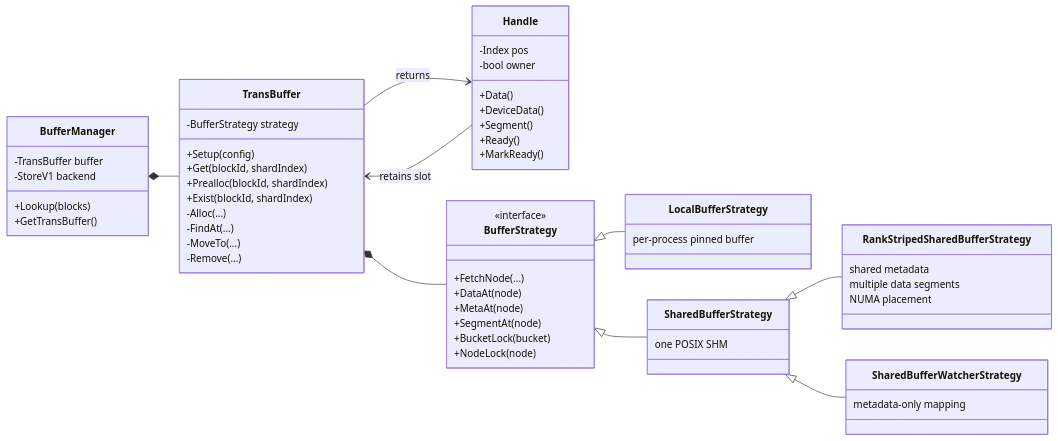
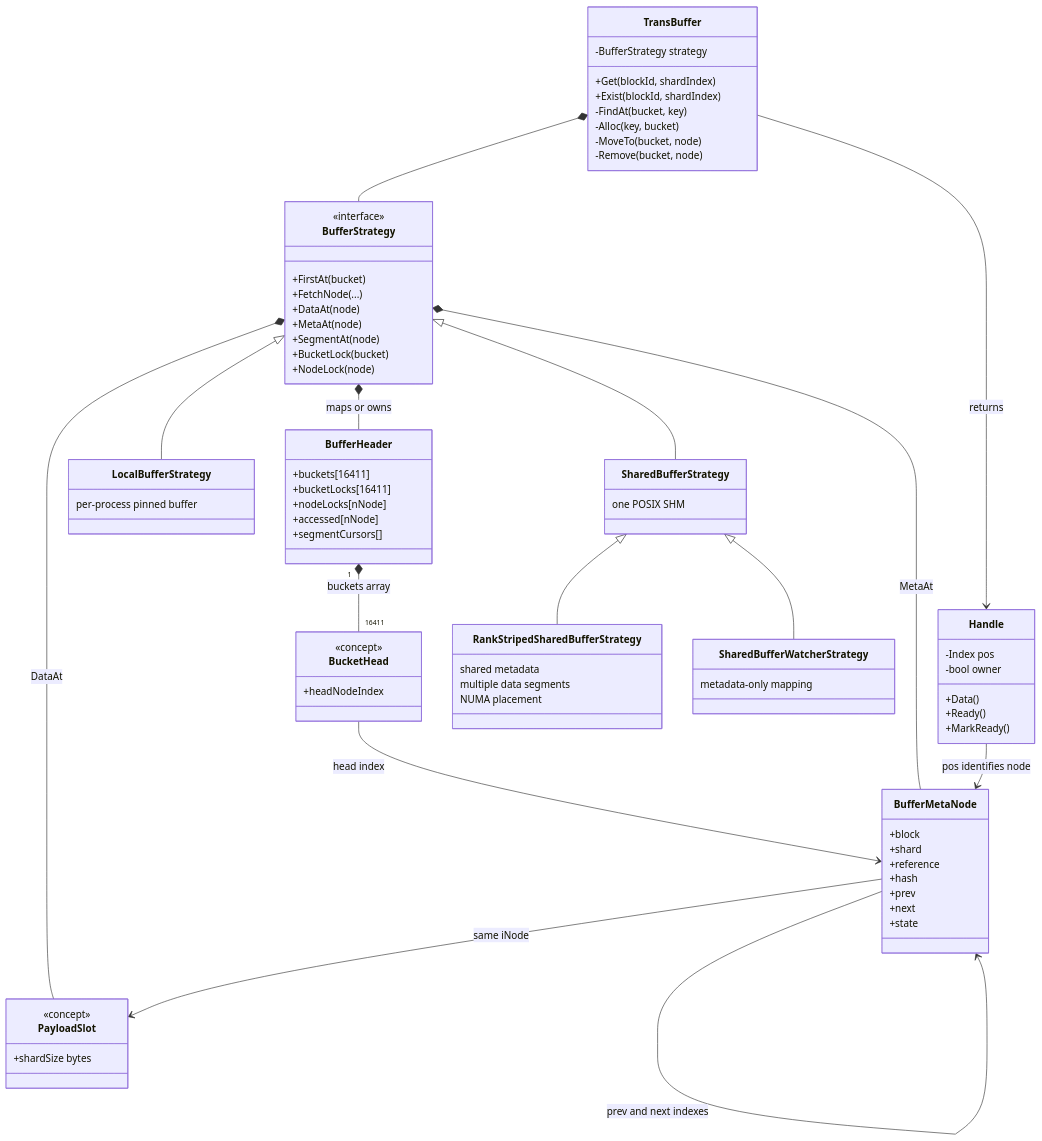
One commit to NaganooMei/unified-cache-management changed the seventh of 17 diagrams in docs/source/developer-guide/cache_buffer_management.md. Above: the diagram before and after it, drawn with Mermaid. The commit also changed other lines of this file, not shown here.

````diff
--- a/docs/source/developer-guide/cache_buffer_management.md
+++ b/docs/source/developer-guide/cache_buffer_management.md
@@ -36,44 +273,62 @@
 ```mermaid
 classDiagram
-    direction LR
-
-    class BufferManager {
-      -TransBuffer buffer
-      -StoreV1 backend
-      +Lookup(blocks)
-      +GetTransBuffer()
-    }
+    direction TB
 
     class TransBuffer {
       -BufferStrategy strategy
-      +Setup(config)
       +Get(blockId, shardIndex)
-      +Prealloc(blockId, shardIndex)
       +Exist(blockId, shardIndex)
-      -Alloc(...)
-      -FindAt(...)
-      -MoveTo(...)
-      -Remove(...)
+      -FindAt(bucket, key)
+      -Alloc(key, bucket)
+      -MoveTo(bucket, node)
+      -Remove(bucket, node)
+    }
+
+    class BufferStrategy {
+      <<interface>>
+      +FirstAt(bucket)
+      +FetchNode(...)
+      +DataAt(node)
+      +MetaAt(node)
+      +SegmentAt(node)
+      +BucketLock(bucket)
+      +NodeLock(node)
+    }
+
+    class BufferHeader {
+      +buckets[16411]
+      +bucketLocks[16411]
+      +nodeLocks[nNode]
+      +accessed[nNode]
+      +segmentCursors[]
+    }
+
+    class BucketHead {
+      <<concept>>
+      +headNodeIndex
+    }
+
+    class BufferMetaNode {
+      +block
+      +shard
+      +reference
+      +hash
+      +prev
+      +next
+      +state
+    }
+
+    class PayloadSlot {
+      <<concept>>
+      +shardSize bytes
     }
 
     class Handle {
       -Index pos
       -bool owner
       +Data()
-      +DeviceData()
-      +Segment()
       +Ready()
       +MarkReady()
-    }
-
-    class BufferStrategy {
-      <<interface>>
-      +FetchNode(...)
-      +DataAt(node)
-      +MetaAt(node)
-      +SegmentAt(node)
-      +BucketLock(bucket)
-      +NodeLock(node)
     }
 
     class LocalBufferStrategy {
@@ -94,10 +349,16 @@
       metadata-only mapping
     }
 
-    BufferManager *-- TransBuffer
     TransBuffer *-- BufferStrategy
     TransBuffer --> Handle : returns
-    Handle --> TransBuffer : retains slot
+    BufferStrategy *-- BufferHeader : maps or owns
+    BufferHeader "1" *-- "16411" BucketHead : buckets array
+    BucketHead --> BufferMetaNode : head index
+    BufferMetaNode --> BufferMetaNode : prev and next indexes
+    BufferStrategy *-- BufferMetaNode : MetaAt
+    BufferStrategy *-- PayloadSlot : DataAt
+    Handle --> BufferMetaNode : pos identifies node
+    BufferMetaNode --> PayloadSlot : same iNode
     BufferStrategy <|-- LocalBufferStrategy
     BufferStrategy <|-- SharedBufferStrategy
     SharedBufferStrategy <|-- RankStripedSharedBufferStrategy
````
